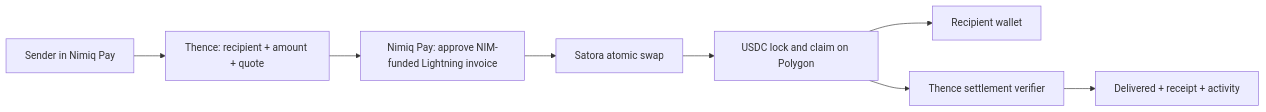
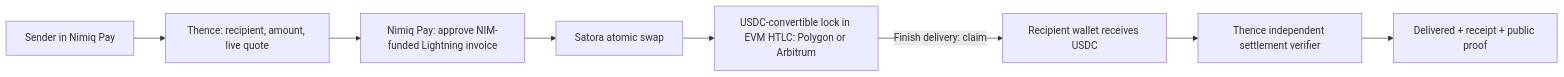
One commit to kaelah971/thence changed the diagram in README.md. Above: the diagram before and after it, drawn with Mermaid. The commit also changed other lines of this file and 1 other file, not shown here.

First line of the commit message:
docs: judge-ready README; accurate Polygon/Arbitrum status

````diff
--- a/README.md
+++ b/README.md
@@ -138,10 +141,10 @@
 ```mermaid
 flowchart LR
-  A[Sender in Nimiq Pay] --> B[Thence: recipient + amount + quote]
+  A[Sender in Nimiq Pay] --> B[Thence: recipient, amount, live quote]
   B --> C[Nimiq Pay: approve NIM-funded Lightning invoice]
   C --> D[Satora atomic swap]
-  D --> E[USDC lock and claim on Polygon]
-  E --> F[Recipient wallet]
-  E --> G[Thence settlement verifier]
-  G --> H[Delivered + receipt + activity]
+  D --> E[USDC-convertible lock in EVM HTLC: Polygon or Arbitrum]
+  E -->|Finish delivery: claim| F[Recipient wallet receives USDC]
+  F --> G[Thence independent settlement verifier]
+  G --> H[Delivered + receipt + public proof]
 ```
````
